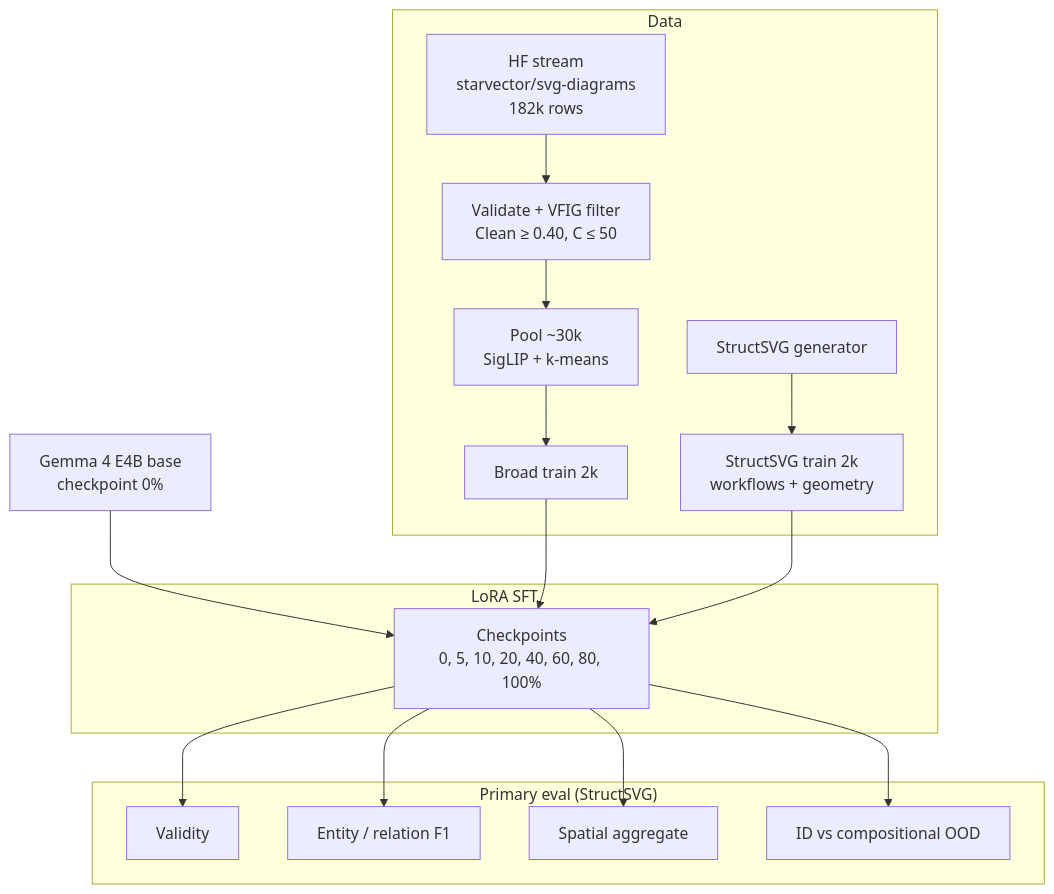
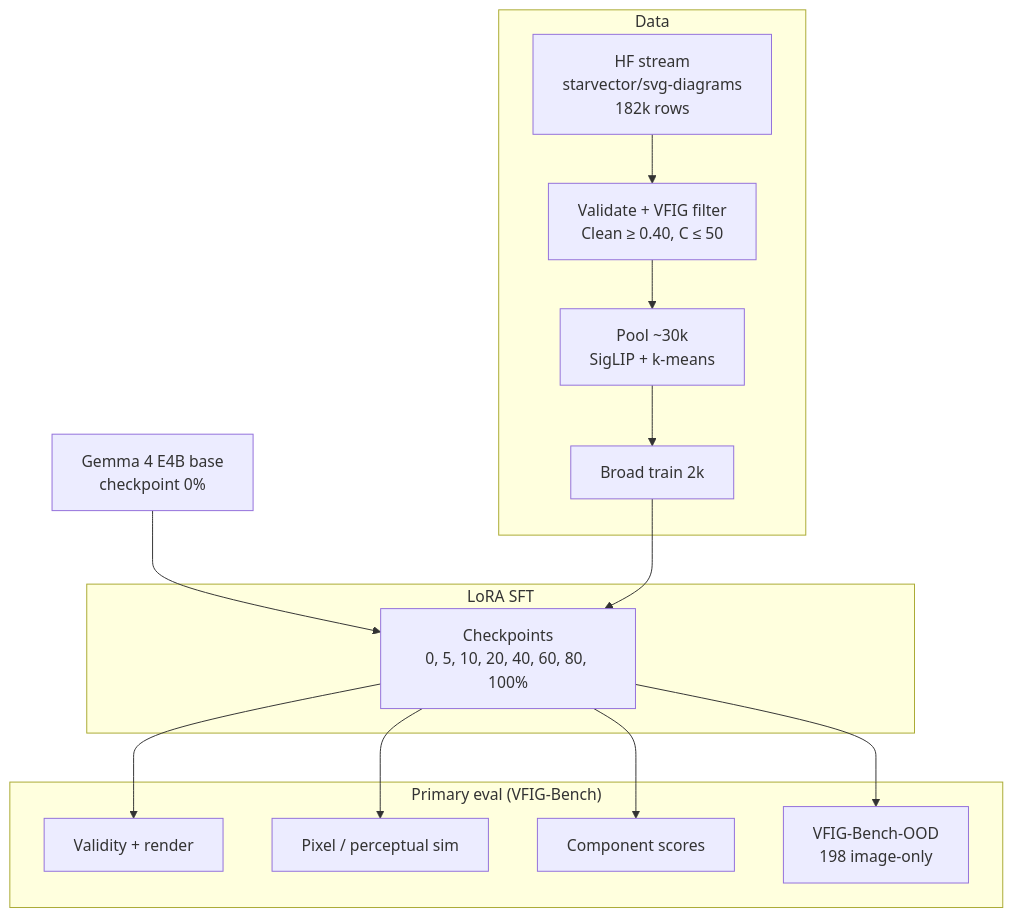
One commit to Abhijithreddydasari/Pretrain2Posttrain-NeurIPS26 changed the diagram in README.md. Above: the diagram before and after it, drawn with Mermaid. The commit also changed other lines of this file and 23 other files, not shown here.

````diff
--- a/README.md
+++ b/README.md
@@ -33,34 +30,30 @@
 ```mermaid
 flowchart TB
   subgraph Data
     HF["HF stream<br/>starvector/svg-diagrams<br/>182k rows"]
-    VFIG["Validate + VFIG filter<br/>Clean ≥ 0.40, C ≤ 50"]
+    VFIGF["Validate + VFIG filter<br/>Clean ≥ 0.40, C ≤ 50"]
     POOL["Pool ~30k<br/>SigLIP + k-means"]
     BROAD["Broad train 2k"]
-    GEN["StructSVG generator"]
-    STRUCT["StructSVG train 2k<br/>workflows + geometry"]
   end
 
   BASE["Gemma 4 E4B base<br/>checkpoint 0%"]
 
   subgraph Train["LoRA SFT"]
     CKPT["Checkpoints<br/>0, 5, 10, 20, 40, 60, 80, 100%"]
   end
 
-  subgraph Eval["Primary eval (StructSVG)"]
-    VAL["Validity"]
-    F1["Entity / relation F1"]
-    SPA["Spatial aggregate"]
-    OOD["ID vs compositional OOD"]
+  subgraph Eval["Primary eval (VFIG-Bench)"]
+    VAL["Validity + render"]
+    PIX["Pixel / perceptual sim"]
+    COMP["Component scores"]
+    OOD["VFIG-Bench-OOD<br/>198 image-only"]
   end
 
-  HF --> VFIG --> POOL --> BROAD
-  GEN --> STRUCT
+  HF --> VFIGF --> POOL --> BROAD
   BASE --> CKPT
   BROAD --> CKPT
-  STRUCT --> CKPT
   CKPT --> VAL
-  CKPT --> F1
-  CKPT --> SPA
+  CKPT --> PIX
+  CKPT --> COMP
   CKPT --> OOD
 ```
````
